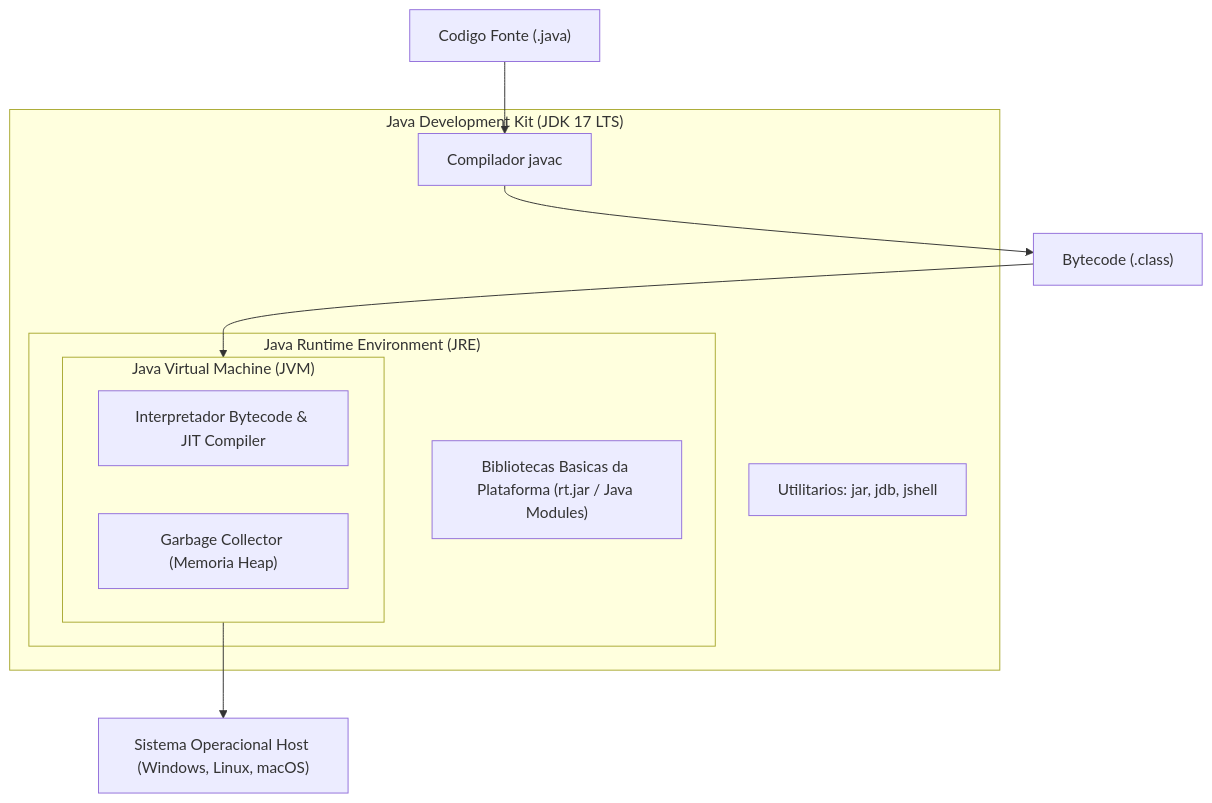
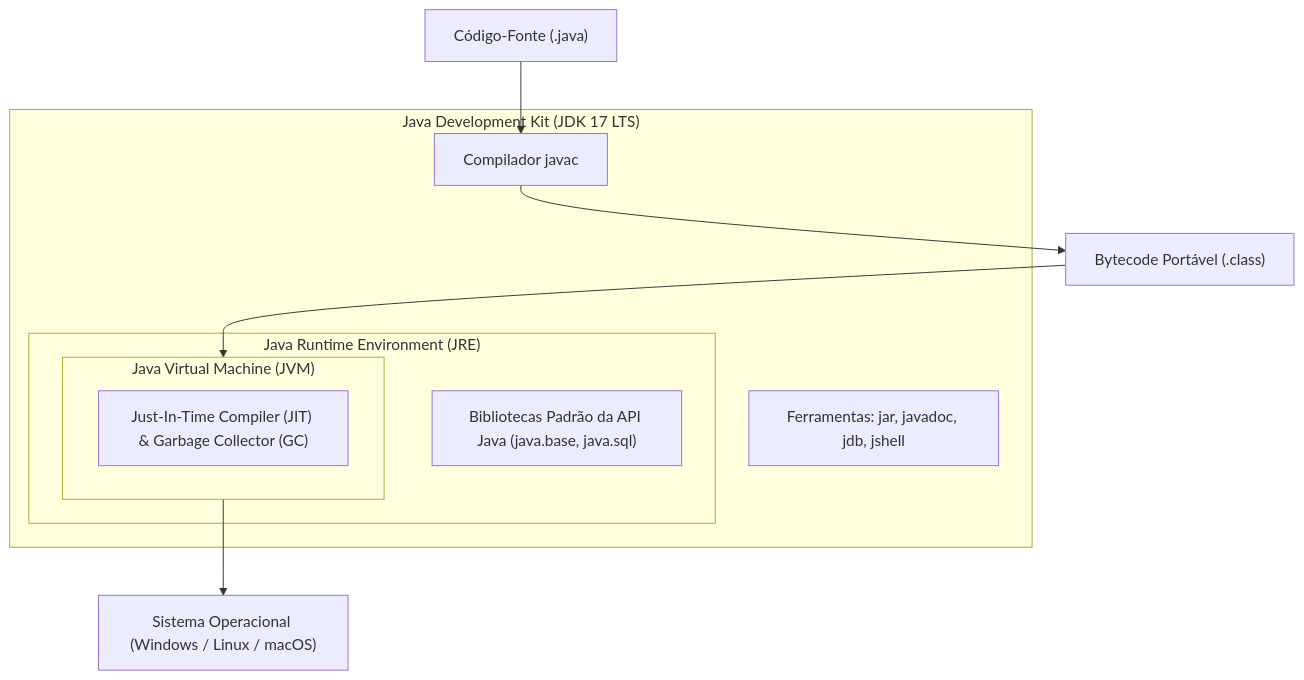
One commit to murilolol/unifef changed the first of 19 diagrams in 3º Semestre/[Prof. Jefferson Passerini] Laboratório de Programação III/Resumos-IA/Caderno-Consolidado.md. Above: the diagram before and after it, drawn with Mermaid. The commit also changed other lines of this file and 25 other files, not shown here.

````diff
--- a/3º Semestre/[Prof. Jefferson Passerini] Laboratório de Programação III/Resumos-IA/Caderno-Consolidado.md
+++ b/3º Semestre/[Prof. Jefferson Passerini] Laboratório de Programação III/Resumos-IA/Caderno-Consolidado.md
@@ -521,18 +90,17 @@
 ```mermaid
 flowchart TD
     subgraph JDK["Java Development Kit (JDK 17 LTS)"]
         subgraph JRE["Java Runtime Environment (JRE)"]
             subgraph JVM["Java Virtual Machine (JVM)"]
-                Core["Interpretador Bytecode & JIT Compiler"]
-                GC["Garbage Collector (Memoria Heap)"]
+                Engine["Just-In-Time Compiler (JIT) & Garbage Collector (GC)"]
             end
-            Libs["Bibliotecas Basicas da Plataforma (rt.jar / Java Modules)"]
+            Libs["Bibliotecas Padrão da API Java (java.base, java.sql)"]
         end
         Compilador["Compilador javac"]
-        Tools["Utilitarios: jar, jdb, jshell"]
+        DevTools["Ferramentas: jar, javadoc, jdb, jshell"]
     end
-    Source["Codigo Fonte (.java)"] --> Compilador
-    Compilador --> Bytecode["Bytecode (.class)"]
+    Source["Código-Fonte (.java)"] --> Compilador
+    Compilador --> Bytecode["Bytecode Portável (.class)"]
     Bytecode --> JVM
-    JVM --> OS["Sistema Operacional Host (Windows, Linux, macOS)"]
+    JVM --> OS["Sistema Operacional (Windows / Linux / macOS)"]
 ```
````
